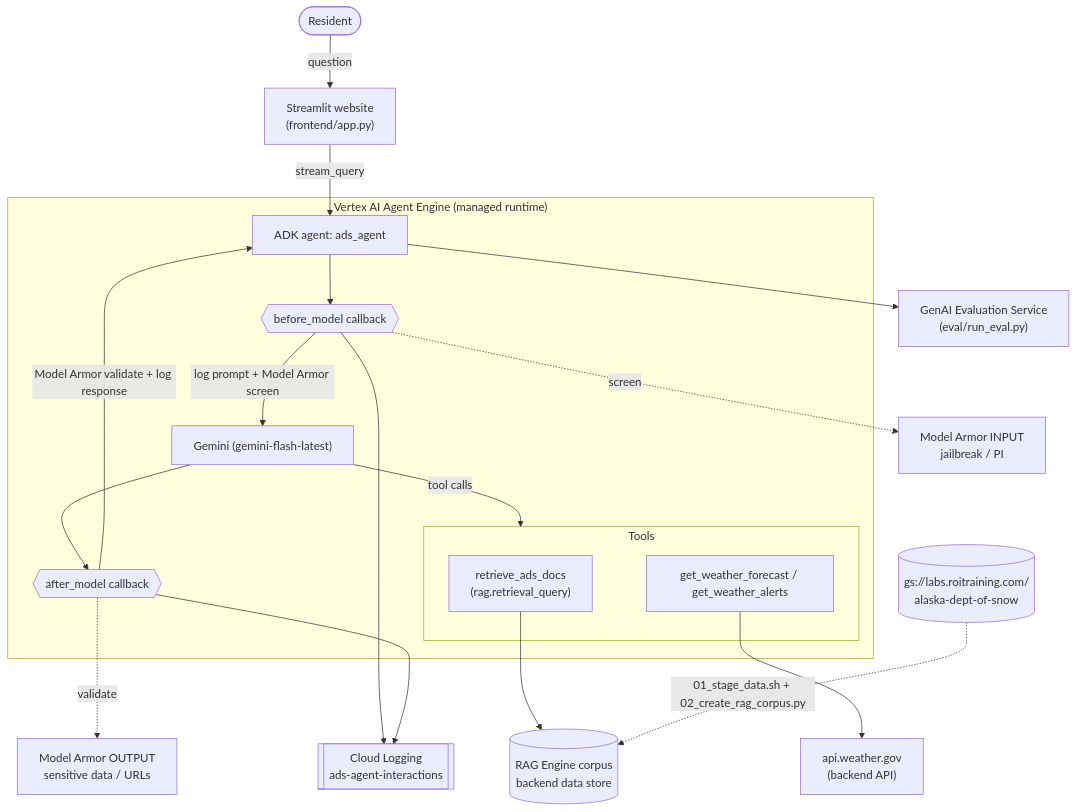
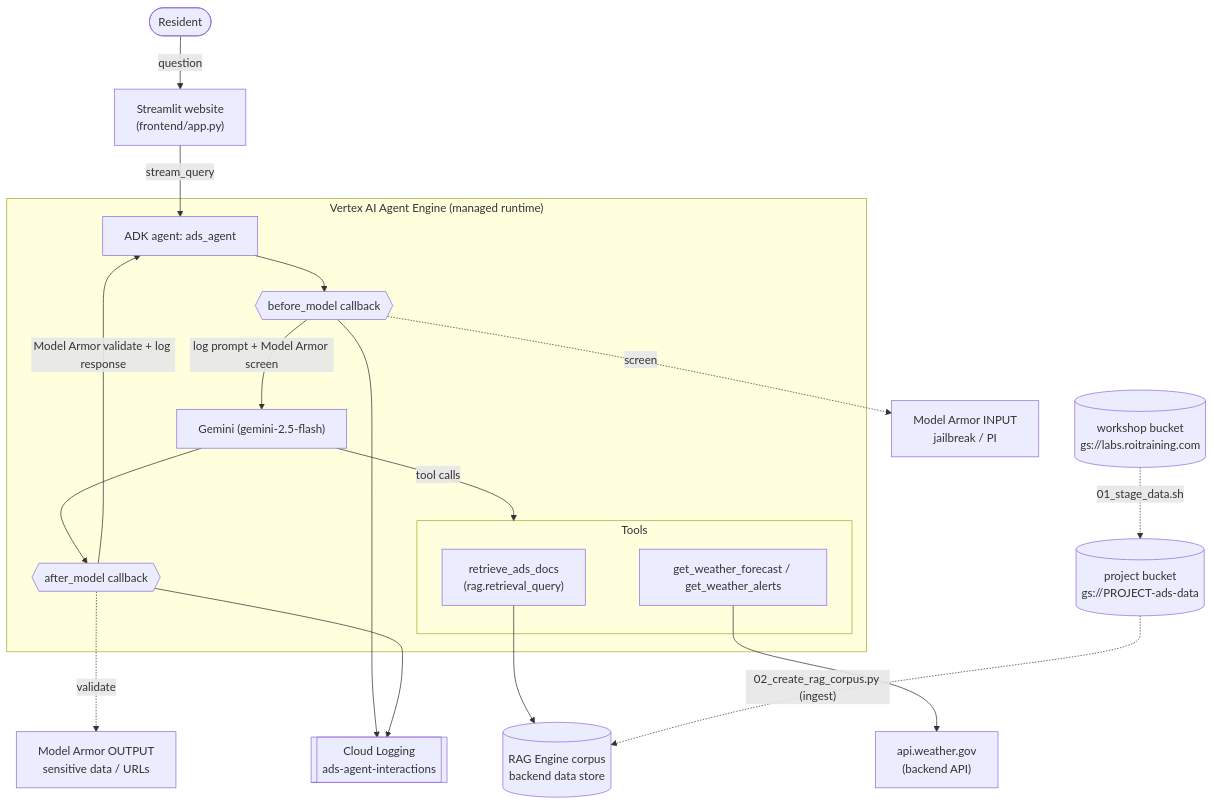
Before and after one commit to nstrausends/genai-skills-workshop-strause: the diagram in challenge_5/architecture.md, drawn with Mermaid. The commit also changed 3 other files, not shown here.

````diff
--- a/challenge_5/architecture.md
+++ b/challenge_5/architecture.md
@@ -3,34 +3,33 @@
 ```mermaid
 flowchart TB
     user([Resident]) -->|question| web["Streamlit website<br/>(frontend/app.py)"]
     web -->|stream_query| ae
 
     subgraph AE["Vertex AI Agent Engine (managed runtime)"]
         ae["ADK agent: ads_agent"]
         bm{{"before_model callback"}}
-        gem["Gemini (gemini-flash-latest)"]
+        gem["Gemini (gemini-2.5-flash)"]
         am{{"after_model callback"}}
 
         ae --> bm
         bm -->|"log prompt + Model Armor screen"| gem
         gem -->|tool calls| tools
         gem --> am
         am -->|"Model Armor validate + log response"| ae
 
         subgraph tools["Tools"]
             rag["retrieve_ads_docs<br/>(rag.retrieval_query)"]
             wx["get_weather_forecast / get_weather_alerts"]
         end
     end
 
     rag --> corpus[("RAG Engine corpus<br/>backend data store")]
     wx --> nws["api.weather.gov<br/>(backend API)"]
     bm -. screen .-> armorin["Model Armor INPUT<br/>jailbreak / PI"]
     am -. validate .-> armorout["Model Armor OUTPUT<br/>sensitive data / URLs"]
     bm --> logs[["Cloud Logging<br/>ads-agent-interactions"]]
     am --> logs
 
-    gcs[("gs://labs.roitraining.com/<br/>alaska-dept-of-snow")] -.->|"01_stage_data.sh + 02_create_rag_corpus.py"| corpus
-
-    ae --> eval["GenAI Evaluation Service<br/>(eval/run_eval.py)"]
+    gcs[("workshop bucket<br/>gs://labs.roitraining.com")] -.->|"01_stage_data.sh"| databkt[("project bucket<br/>gs://PROJECT-ads-data")]
+    databkt -.->|"02_create_rag_corpus.py (ingest)"| corpus
 ```
````
